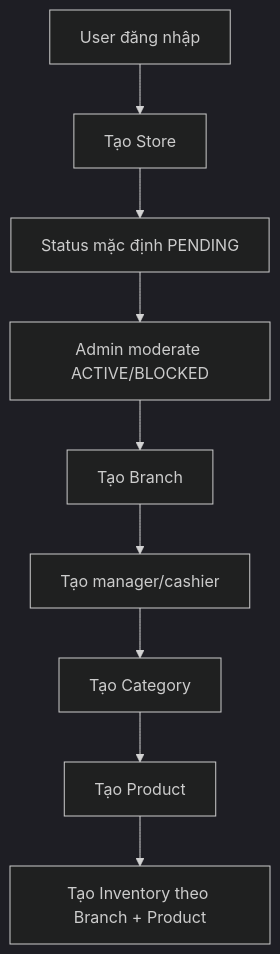
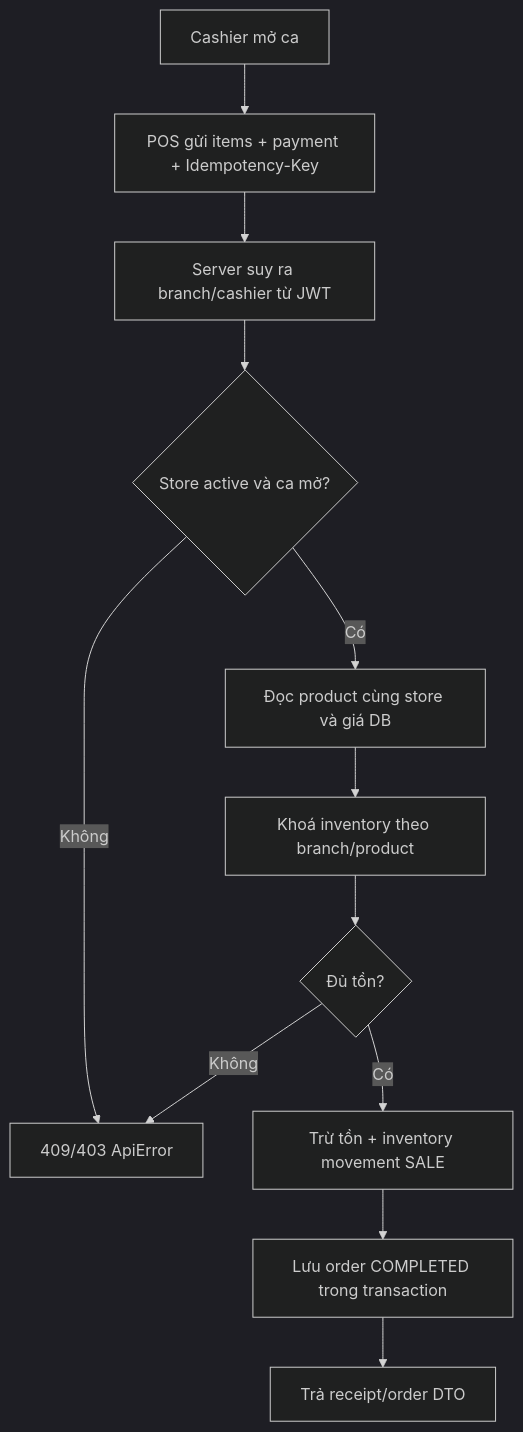
One commit to Phantantin/Sass-Pos-Application changed the second of 3 diagrams in src/dosc/WORKFLOWS.md. Above: the diagram before and after it, drawn with Mermaid (dark theme). The commit also changed other lines of this file and 203 other files, not shown here.

````diff
--- a/src/dosc/WORKFLOWS.md
+++ b/src/dosc/WORKFLOWS.md
@@ -79,11 +27,14 @@
 ```mermaid
 flowchart TD
-    A[User đăng nhập] --> B[Tạo Store]
-    B --> C[Status mặc định PENDING]
-    C --> D[Admin moderate ACTIVE/BLOCKED]
-    D --> E[Tạo Branch]
-    E --> F[Tạo manager/cashier]
-    F --> G[Tạo Category]
-    G --> H[Tạo Product]
-    H --> I[Tạo Inventory theo Branch + Product]
+    A[Cashier mở ca] --> B[POS gửi items + payment + Idempotency-Key]
+    B --> C[Server suy ra branch/cashier từ JWT]
+    C --> D{Store active và ca mở?}
+    D -- Không --> X[409/403 ApiError]
+    D -- Có --> E[Đọc product cùng store và giá DB]
+    E --> F[Khoá inventory theo branch/product]
+    F --> G{Đủ tồn?}
+    G -- Không --> X
+    G -- Có --> H[Trừ tồn + inventory movement SALE]
+    H --> I[Lưu order COMPLETED trong transaction]
+    I --> J[Trả receipt/order DTO]
 ```
````
